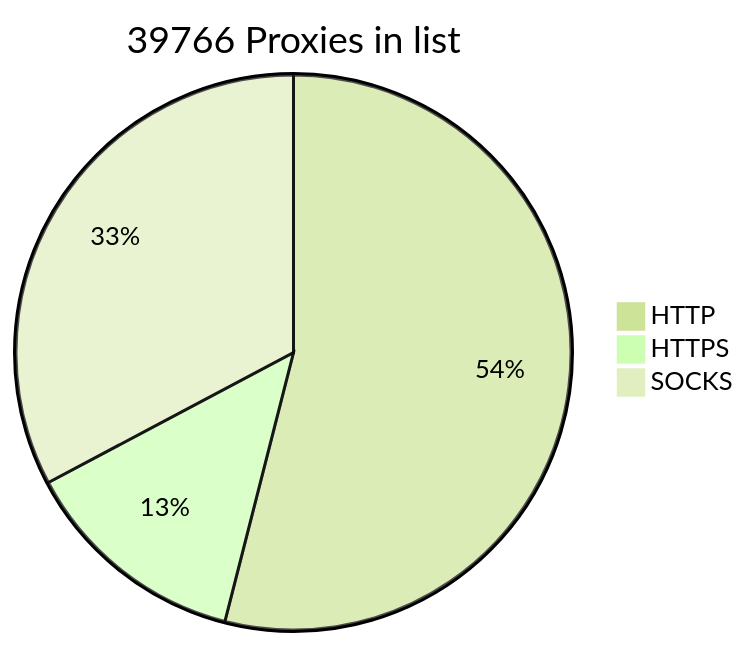
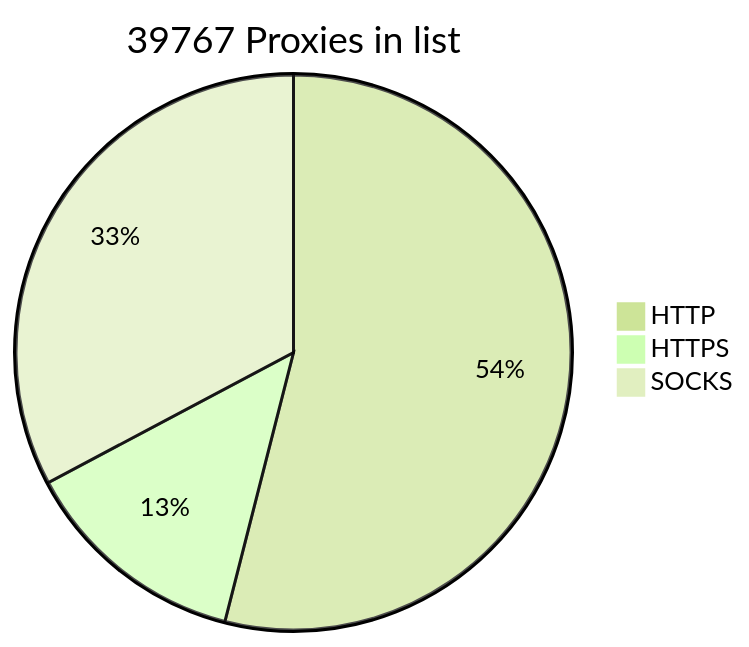
The diagram in README.md (BlackSnowDot/proxylist-update-every-minute), drawn with Mermaid (forest theme) before and after one commit.

````diff
--- a/README.md
+++ b/README.md
@@ -2,6 +2,6 @@
 ```mermaid
-pie title 39766 Proxies in list
+pie title 39767 Proxies in list
     "HTTP" : 23842
     "HTTPS": 5858
-    "SOCKS" : 14472
+    "SOCKS" : 14473
 ```
````
